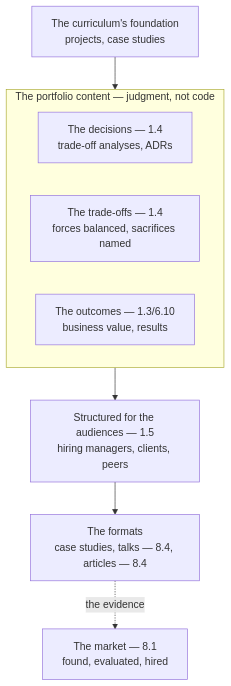
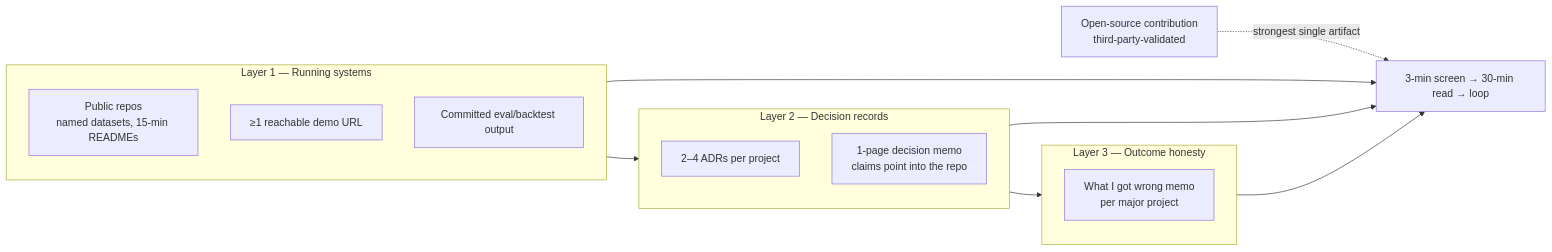
The diagram in curriculum/part-8-professional-excellence/chapter-02-architecture-portfolio.md (sivakrushna-works/GSAC), drawn with Mermaid before and after one commit. The commit also changed other lines of this file and 10 other files, not shown here.

````diff
--- a/curriculum/part-8-professional-excellence/chapter-02-architecture-portfolio.md
+++ b/curriculum/part-8-professional-excellence/chapter-02-architecture-portfolio.md
@@ -59,12 +53,18 @@
 ```mermaid
-flowchart TD
-    subgraph CONTENT [The portfolio content — judgment, not code]
-        DECISIONS[The decisions — 1.4<br/>trade-off analyses, ADRs]
-        TRADEOFFS[The trade-offs — 1.4<br/>forces balanced, sacrifices named]
-        OUTCOMES[The outcomes — 1.3/6.10<br/>business value, results]
+flowchart LR
+    subgraph L1 [Layer 1 — Running systems]
+        REPO[Public repos<br/>named datasets, 15-min READMEs]
+        DEMO[≥1 reachable demo URL]
+        EVALS[Committed eval/backtest output]
     end
-    FOUNDATION[The curriculum's foundation<br/>projects, case studies] --> CONTENT
-    CONTENT --> STRUCTURE[Structured for the audiences — 1.5<br/>hiring managers, clients, peers]
-    STRUCTURE --> FORMATS[The formats<br/>case studies, talks — 8.4, articles — 8.4]
-    FORMATS -.the evidence.-> MARKET[The market — 8.1<br/>found, evaluated, hired]
+    subgraph L2 [Layer 2 — Decision records]
+        ADR[2–4 ADRs per project]
+        MEMO[1-page decision memo<br/>claims point into the repo]
+    end
+    subgraph L3 [Layer 3 — Outcome honesty]
+        WRONG["What I got wrong" memo<br/>per major project]
+    end
+    L1 --> L2 --> L3
+    OSS[Open-source contribution<br/>third-party-validated] -.strongest single artifact.-> SCREEN
+    L1 & L2 & L3 --> SCREEN[3-min screen → 30-min read → loop]
 ```
````
